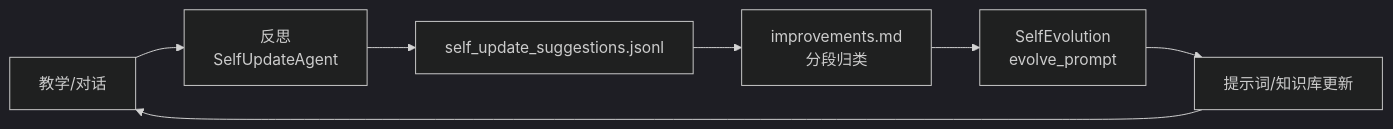
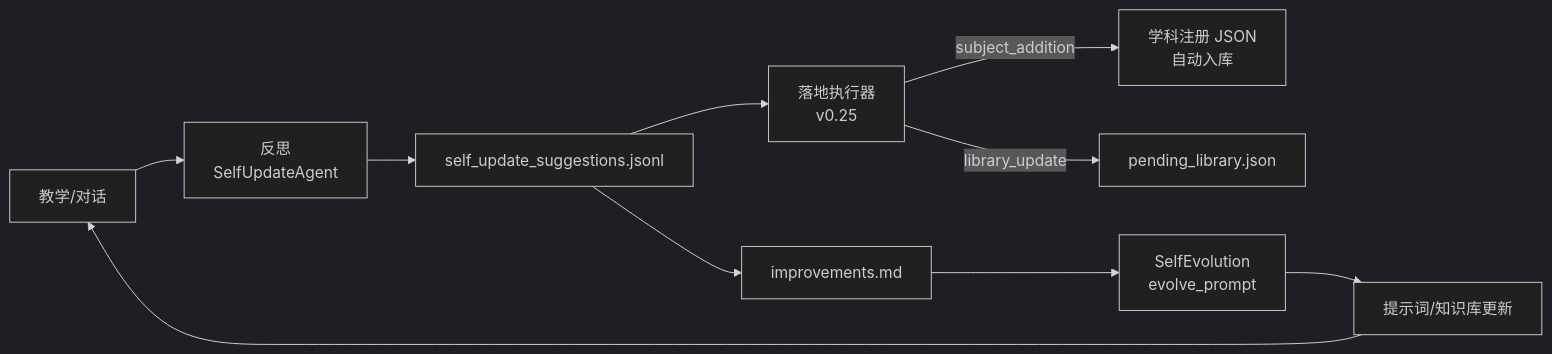
Before and after one commit to Golden2002/PAEG: the seventh of 7 diagrams in ARCHITECTURE_LINKS.md, drawn with Mermaid (dark theme). The commit also changed other lines of this file, not shown here.

Commit message:
v0.25 文档更新：3 新学科+学段联动+PPT MCP+自我更新闭环 (ARCHITECTURE_LINKS.md)

````diff
--- a/ARCHITECTURE_LINKS.md
+++ b/ARCHITECTURE_LINKS.md
@@ -119,9 +141,12 @@
 ```mermaid
 flowchart LR
     T["教学/对话"] --> R["反思<br/>SelfUpdateAgent"]
     R --> SUG["self_update_suggestions.jsonl"]
-    SUG --> IMP["improvements.md<br/>分段归类"]
+    SUG --> EXE["落地执行器<br/>v0.25"]
+    EXE -->|"subject_addition"| NS["学科注册 JSON<br/>自动入库"]
+    EXE -->|"library_update"| PL["pending_library.json"]
+    SUG --> IMP["improvements.md"]
     IMP --> EV["SelfEvolution<br/>evolve_prompt"]
     EV --> P["提示词/知识库更新"]
     P --> T
 ```
````
